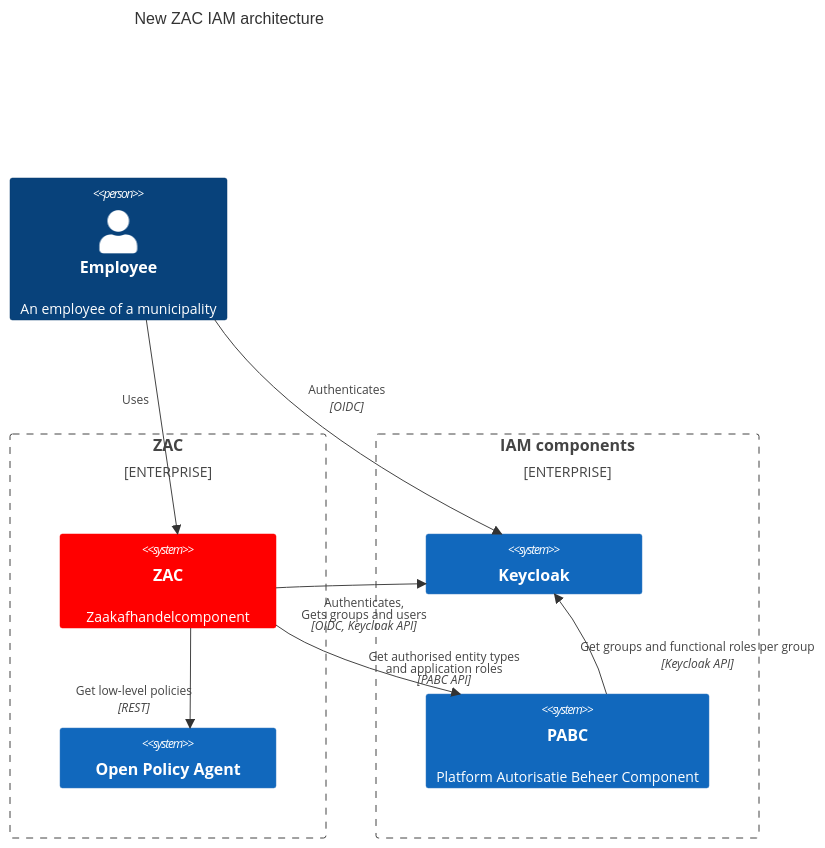
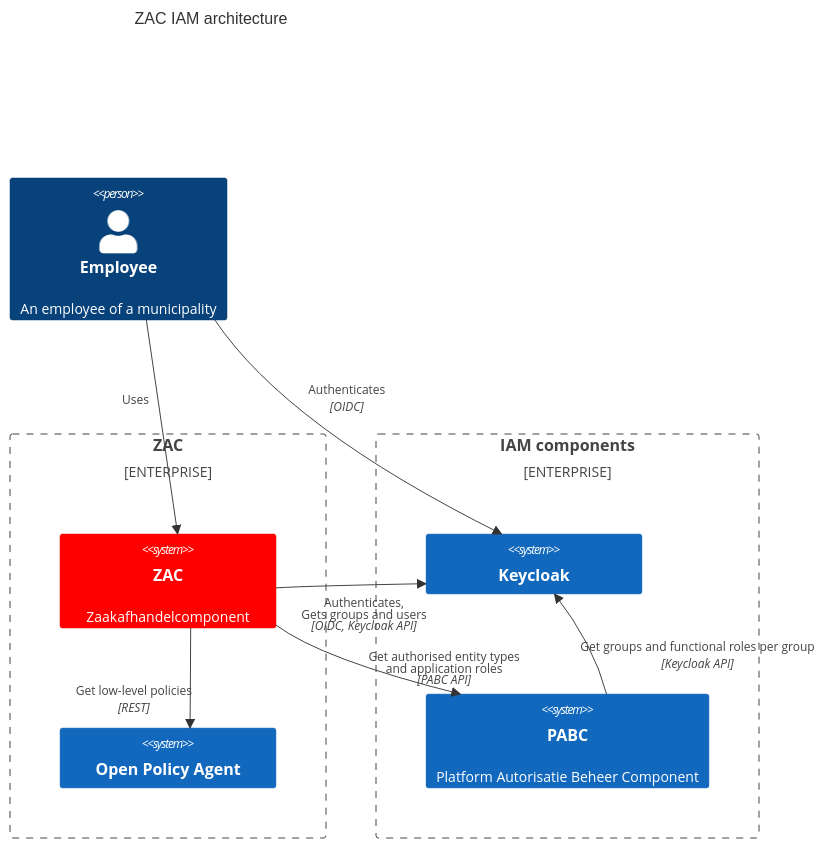
One commit to infonl/dimpact-zaakafhandelcomponent changed the first of 3 diagrams in docs/solution-architecture/iamArchitecture.md. Above: the diagram before and after it, drawn with Mermaid. The commit also changed other lines of this file and 2 other files, not shown here.

Commit message:
chore: remove remnants of old IAM architecture, update PABC references, and clean up related documentation and scripts

````diff
--- a/docs/solution-architecture/iamArchitecture.md
+++ b/docs/solution-architecture/iamArchitecture.md
@@ -64,32 +7,32 @@
 ```mermaid
 C4Context
-    title New ZAC IAM architecture
+    title ZAC IAM architecture
 
     Person(Employee, "Employee", "An employee of a municipality")
     
     Enterprise_Boundary(b1, "ZAC") {
         System(ZAC, "ZAC", "Zaakafhandelcomponent")
         System(OPA, "Open Policy Agent")
     }
 
     Enterprise_Boundary(b2, "IAM components") {
         System(Keycloak, "Keycloak")
         System(PABC, "PABC", "Platform Autorisatie Beheer Component")
     }
     
     Rel(Employee, ZAC, "Uses")
     Rel(Employee, Keycloak, "Authenticates", "OIDC")
     Rel(ZAC, Keycloak, "Authenticates,<br/>Gets groups and users", "OIDC, Keycloak API")
     Rel(ZAC, PABC, "Get authorised entity types<br/>and application roles", "PABC API")
     Rel(PABC, Keycloak, "Get groups and functional roles per group", "Keycloak API")
     Rel(ZAC, OPA, "Get low-level policies", "REST")
 
     UpdateElementStyle(ZAC, $bgColor="red", $borderColor="red")
 
     UpdateRelStyle(Employee, ZAC, $offsetX="-40", $offsetY="-30")
     UpdateRelStyle(Employee, Keycloak, $offsetX="-50", $offsetY="-40")
     UpdateRelStyle(ZAC, Keycloak, $offsetX="-50", $offsetY="20")
     UpdateRelStyle(ZAC, OPA, $offsetX="-115", $offsetY="10")
 
     UpdateLayoutConfig($c4ShapeInRow="1", $c4BoundaryInRow="2")
 ```
````
